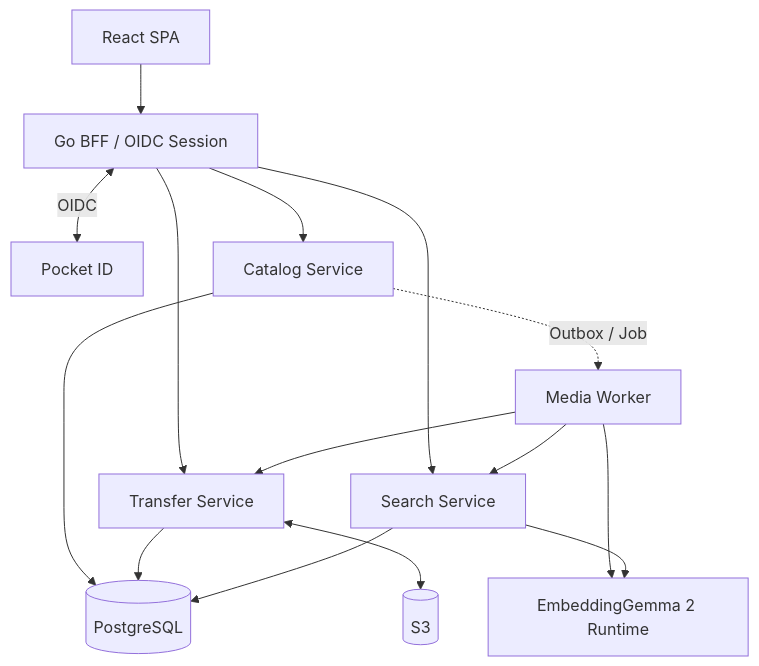
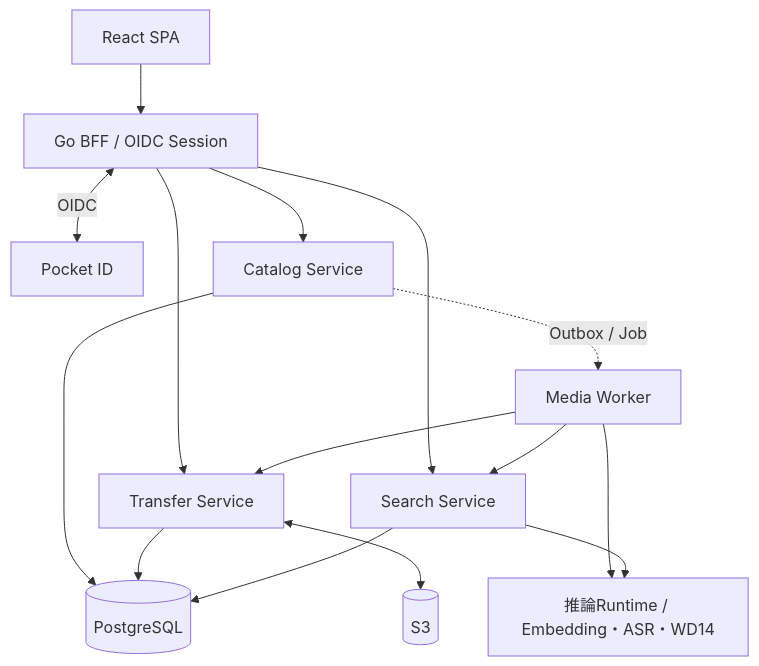
Before and after one commit to usbharu/ocms: the first of 3 diagrams in media-storage-spec-v2.md, drawn with Mermaid. The commit also changed other lines of this file and 22 other files, not shown here.

````diff
--- a/media-storage-spec-v2.md
+++ b/media-storage-spec-v2.md
@@ -67,19 +67,19 @@
 ```mermaid
 flowchart TB
     SPA[React SPA] --> BFF[Go BFF / OIDC Session]
     BFF <-->|OIDC| IDP[Pocket ID]
     BFF --> CAT[Catalog Service]
     BFF --> XFER[Transfer Service]
     BFF --> SRCH[Search Service]
 
     CAT --> PG[(PostgreSQL)]
     XFER --> PG
     SRCH --> PG
     XFER <--> S3[(S3)]
 
     CAT -. Outbox / Job .-> WORK[Media Worker]
     WORK --> XFER
     WORK --> SRCH
-    WORK --> INF[EmbeddingGemma 2 Runtime]
+    WORK --> INF[推論Runtime / Embedding・ASR・WD14]
     SRCH --> INF
 ```
````
